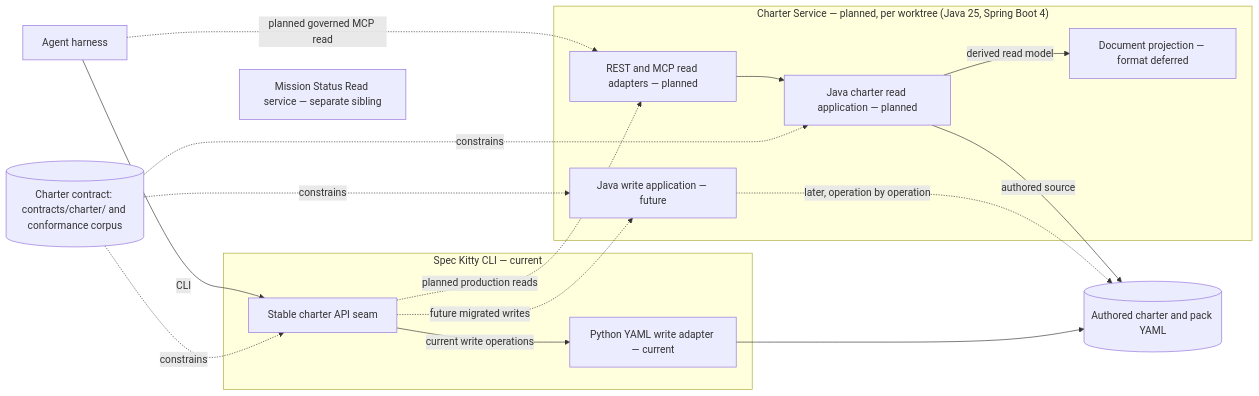
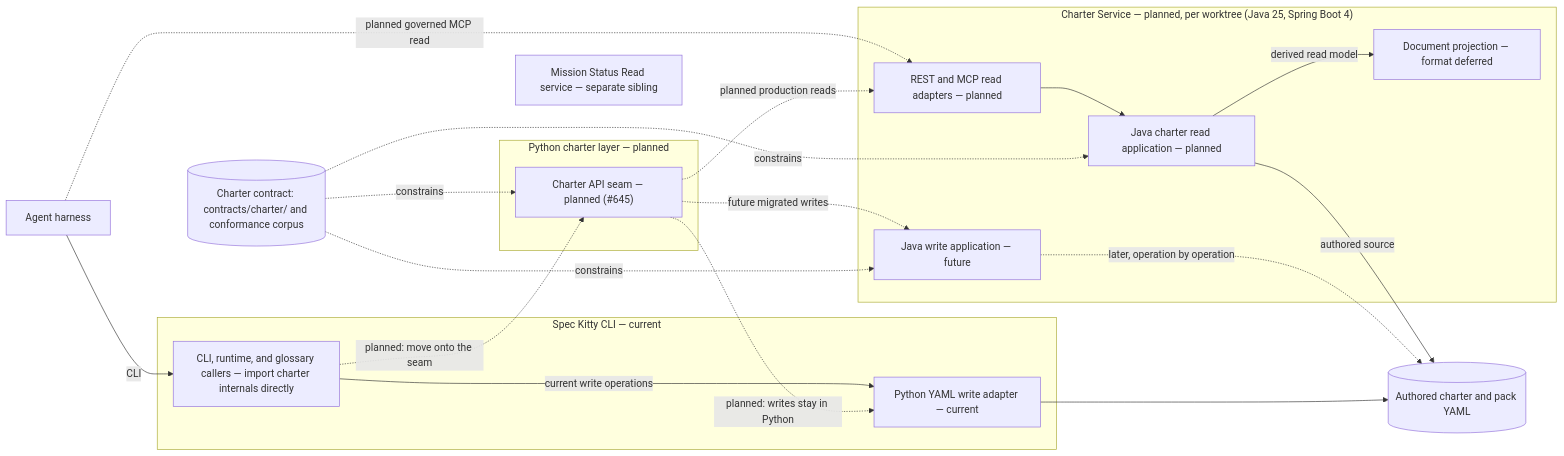
Before and after one commit to spec-kitty/spec-kitty: the second of 2 diagrams in docs/architecture/diagrams/02_containers/README.md, drawn with Mermaid. The commit also changed 4 other files, not shown here.

Commit message:
docs(landing): show the charter API seam as planned under #645

````diff
--- a/docs/architecture/diagrams/02_containers/README.md
+++ b/docs/architecture/diagrams/02_containers/README.md
@@ -108,35 +108,41 @@
 ```mermaid
 flowchart LR
     agent["Agent harness"]
 
     subgraph Python["Spec Kitty CLI — current"]
-      seam["Stable charter API seam"]
+      callers["CLI, runtime, and glossary callers — import charter internals directly"]
       writer["Python YAML write adapter — current"]
+    end
+
+    subgraph Planned["Python charter layer — planned"]
+      seam["Charter API seam — planned (#645)"]
     end
 
     subgraph Java["Charter Service — planned, per worktree (Java 25, Spring Boot 4)"]
       readApi["REST and MCP read adapters — planned"]
       reader["Java charter read application — planned"]
       javaWriter["Java write application — future"]
       projection["Document projection — format deferred"]
     end
 
     contract[("Charter contract: contracts/charter/ and conformance corpus")]
     yaml[("Authored charter and pack YAML")]
     status["Mission Status Read service — separate sibling"]
 
-    agent -->|CLI| seam
+    agent -->|CLI| callers
+    callers -.->|planned: move onto the seam| seam
     agent -.->|planned governed MCP read| readApi
-    seam -->|current write operations| writer
+    callers -->|current write operations| writer
+    seam -.->|planned: writes stay in Python| writer
     writer --> yaml
     seam -.->|planned production reads| readApi
     seam -.->|future migrated writes| javaWriter
     readApi --> reader
     reader -->|authored source| yaml
     reader -->|derived read model| projection
     javaWriter -.->|later, operation by operation| yaml
     contract -.->|constrains| seam
     contract -.->|constrains| reader
     contract -.->|constrains| javaWriter
     status ~~~ Java
 ```
````
